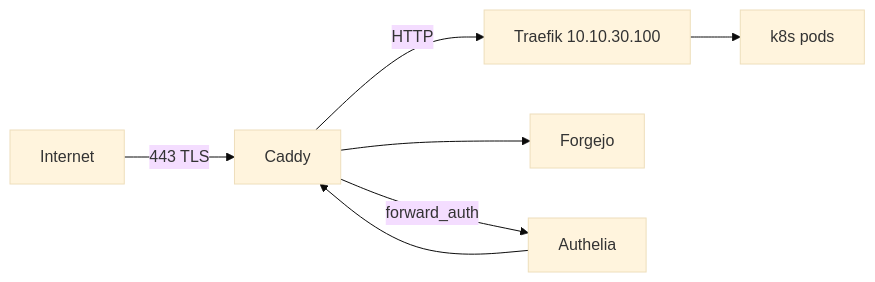
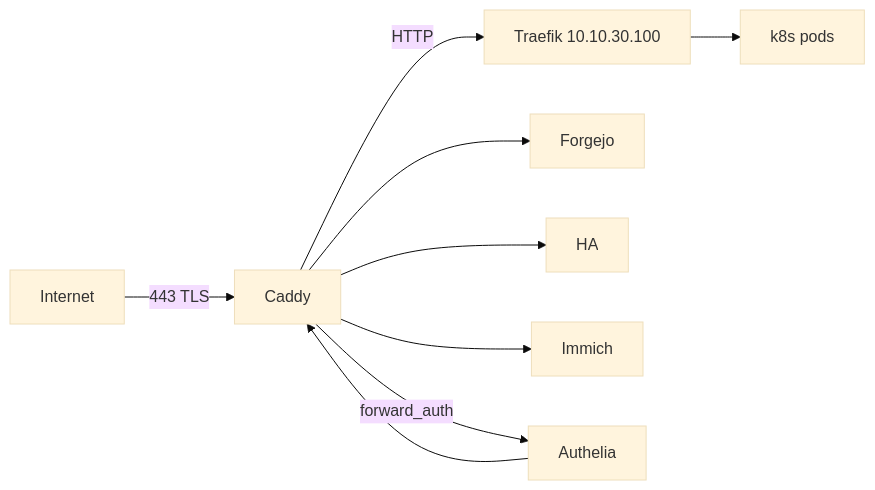
One commit to sknutsen/network changed the fourth of 4 diagrams in docs/architecture.md. Above: the diagram before and after it, drawn with Mermaid (base theme). The commit also changed other lines of this file and 21 other files, not shown here.

````diff
--- a/docs/architecture.md
+++ b/docs/architecture.md
@@ -120,9 +122,11 @@
 ```mermaid
 flowchart LR
   Internet -->|443 TLS| Caddy
   Caddy -->|HTTP| TraefikLB[Traefik 10.10.30.100]
   Caddy --> Forgejo
+  Caddy --> HA
+  Caddy --> Immich
   Caddy -->|forward_auth| Authelia
   Authelia --> Caddy
   TraefikLB --> Pods[k8s pods]
 ```
````
